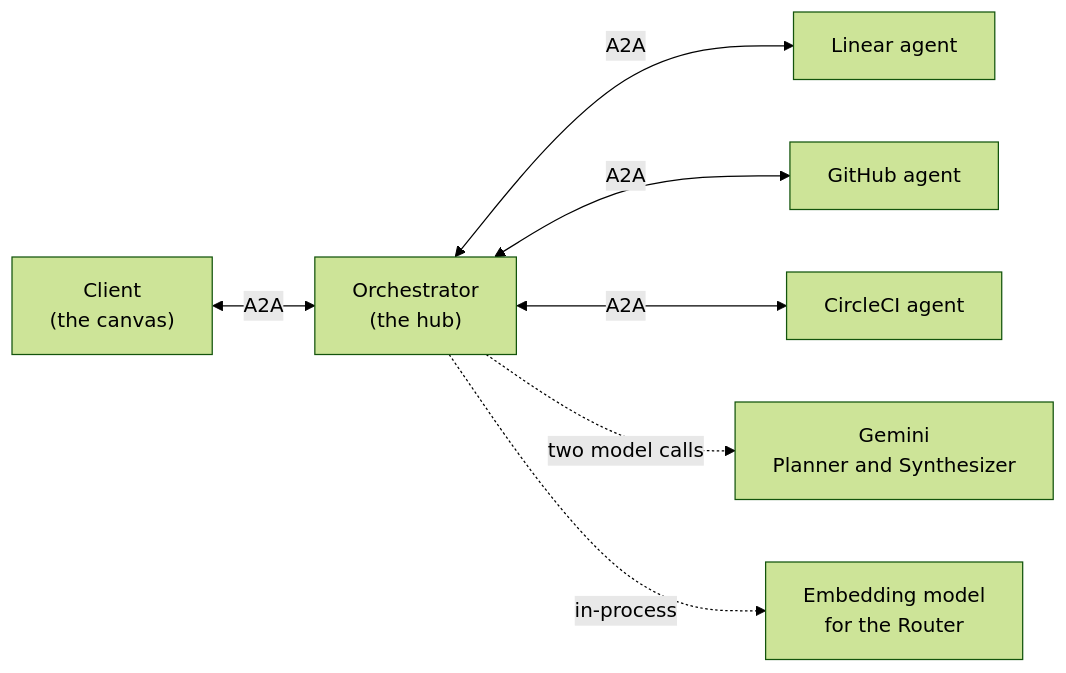
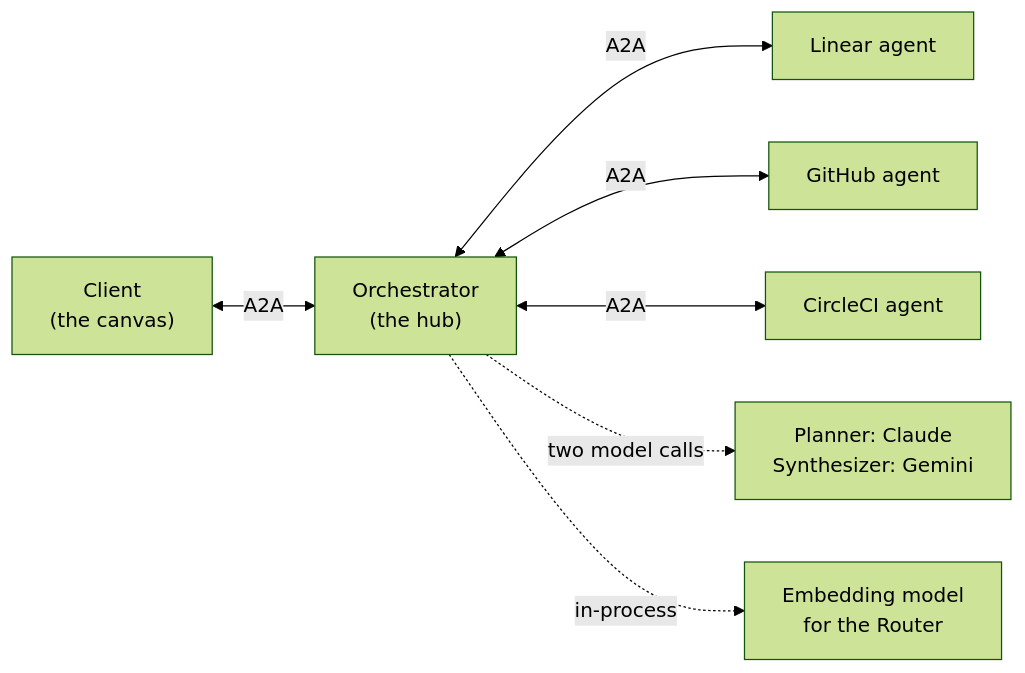
Before and after one commit to retz8/a2uiverse: the first of 8 diagrams in docs/design/orchestrator.md, drawn with Mermaid (forest theme). The commit also changed other lines of this file and 5 other files, not shown here.

````diff
--- a/docs/design/orchestrator.md
+++ b/docs/design/orchestrator.md
@@ -27,9 +27,9 @@
 ```mermaid
 flowchart LR
     C["Client<br/>(the canvas)"] <-->|"A2A"| O["Orchestrator<br/>(the hub)"]
     O <-->|"A2A"| L["Linear agent"]
     O <-->|"A2A"| G["GitHub agent"]
     O <-->|"A2A"| CI["CircleCI agent"]
-    O -.->|"two model calls"| M["Gemini<br/>Planner and Synthesizer"]
+    O -.->|"two model calls"| M["Planner: Claude<br/>Synthesizer: Gemini"]
     O -.->|"in-process"| E["Embedding model<br/>for the Router"]
 ```
````
